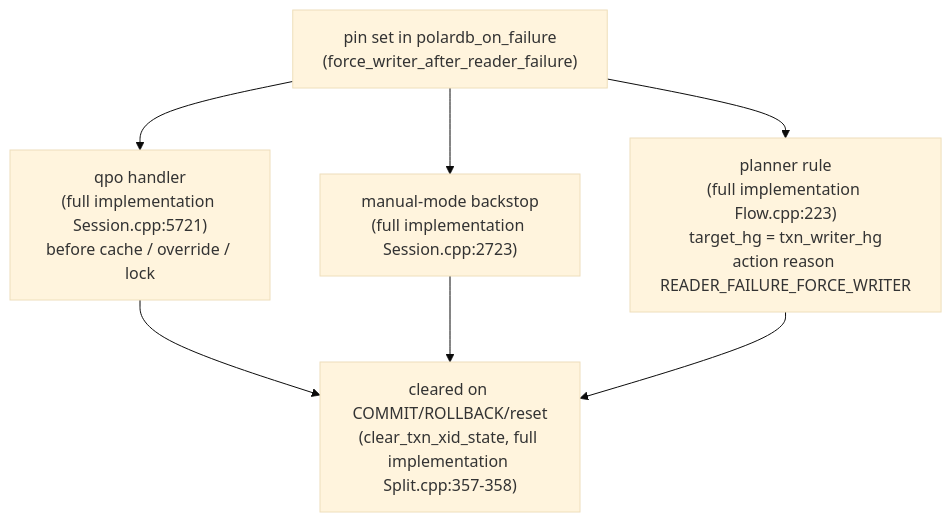
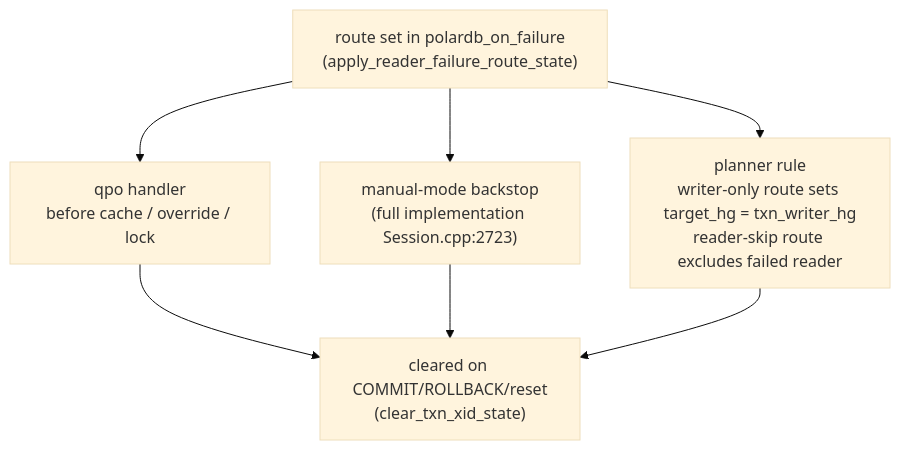
Before and after one commit to awide-labs/polar-proxy: the fifth of 5 diagrams in doc/polardb-arch/20-FUTURE-READER-FAILURE-RETRY-DESIGN.md, drawn with Mermaid (base theme). The commit also changed other lines of this file and 21 other files, not shown here.

````diff
--- a/doc/polardb-arch/20-FUTURE-READER-FAILURE-RETRY-DESIGN.md
+++ b/doc/polardb-arch/20-FUTURE-READER-FAILURE-RETRY-DESIGN.md
@@ -530,9 +540,9 @@
 ```mermaid
 flowchart TD
-    SET["pin set in polardb_on_failure<br/>(force_writer_after_reader_failure)"] --> Q["qpo handler<br/>(full implementation Session.cpp:5721)<br/>before cache / override / lock"]
+    SET["route set in polardb_on_failure<br/>(apply_reader_failure_route_state)"] --> Q["qpo handler<br/>before cache / override / lock"]
     SET --> M["manual-mode backstop<br/>(full implementation Session.cpp:2723)"]
-    SET --> PL["planner rule<br/>(full implementation Flow.cpp:223)<br/>target_hg = txn_writer_hg<br/>action reason READER_FAILURE_FORCE_WRITER"]
-    Q --> CLR["cleared on COMMIT/ROLLBACK/reset<br/>(clear_txn_xid_state, full implementation Split.cpp:357-358)"]
+    SET --> PL["planner rule<br/>writer-only route sets target_hg = txn_writer_hg<br/>reader-skip route excludes failed reader"]
+    Q --> CLR["cleared on COMMIT/ROLLBACK/reset<br/>(clear_txn_xid_state)"]
     M --> CLR
     PL --> CLR
 ```
````
